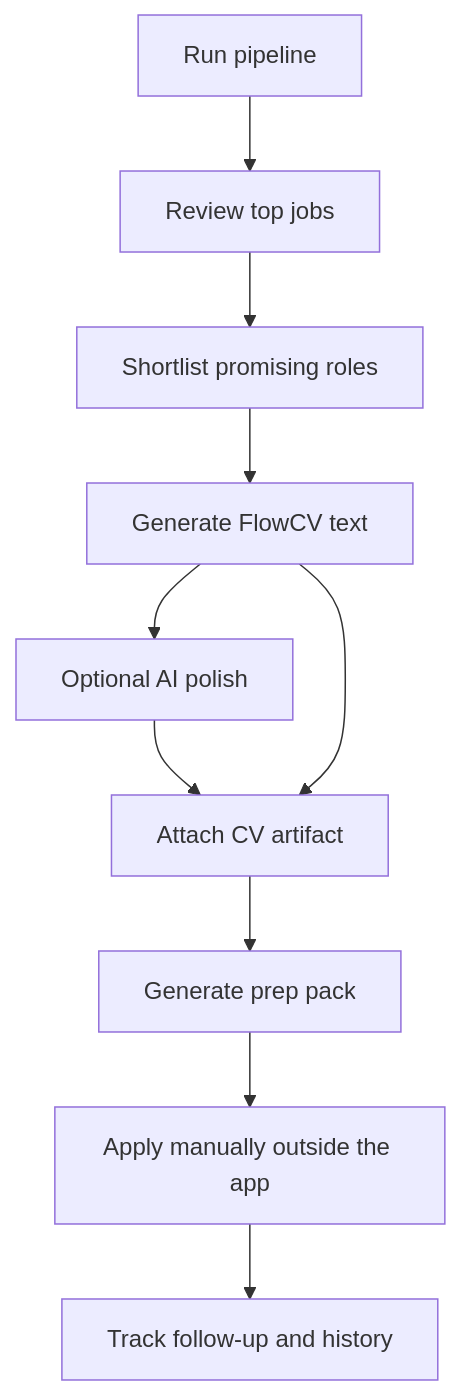
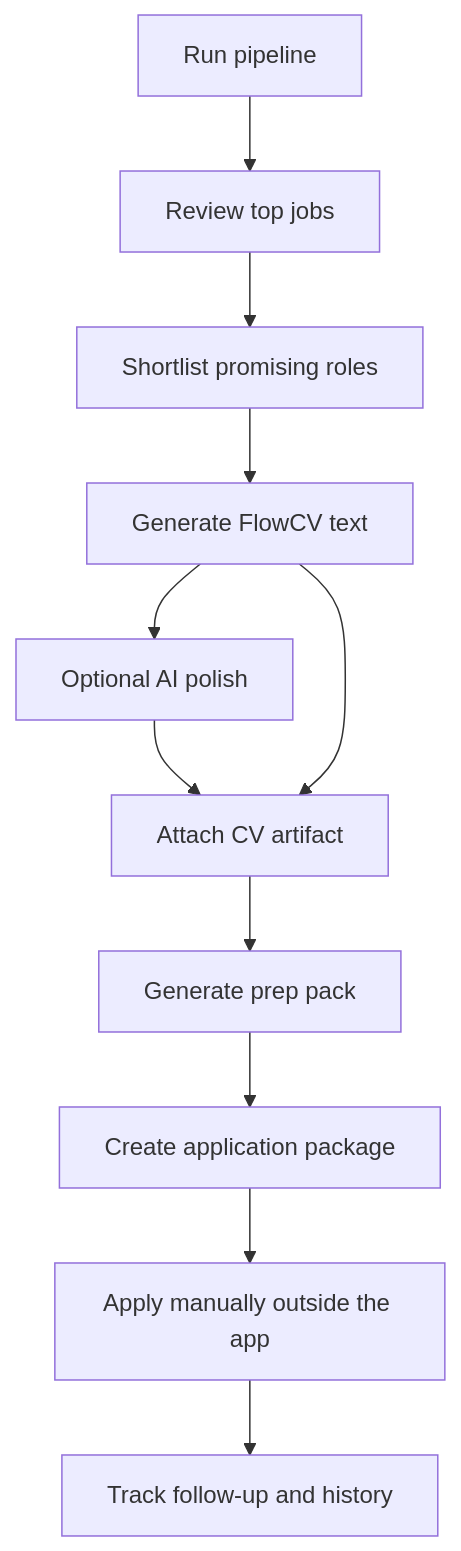
The second of 2 diagrams in README.md (de-himanshu19/AI_JOB_HUNT_PLATFORM), drawn with Mermaid before and after one commit. The commit also changed other lines of this file and 11 other files, not shown here.

Commit message:
feat: add manual application package workflow

````diff
--- a/README.md
+++ b/README.md
@@ -55,12 +57,13 @@
 ```mermaid
 flowchart TD
     Pipeline["Run pipeline"] --> Review["Review top jobs"]
     Review --> Shortlist["Shortlist promising roles"]
     Shortlist --> Generate["Generate FlowCV text"]
     Generate --> Polish["Optional AI polish"]
     Polish --> Attach["Attach CV artifact"]
     Generate --> Attach
     Attach --> Prep["Generate prep pack"]
-    Prep --> Apply["Apply manually outside the app"]
+    Prep --> Package["Create application package"]
+    Package --> Apply["Apply manually outside the app"]
     Apply --> FollowUp["Track follow-up and history"]
 ```
````
